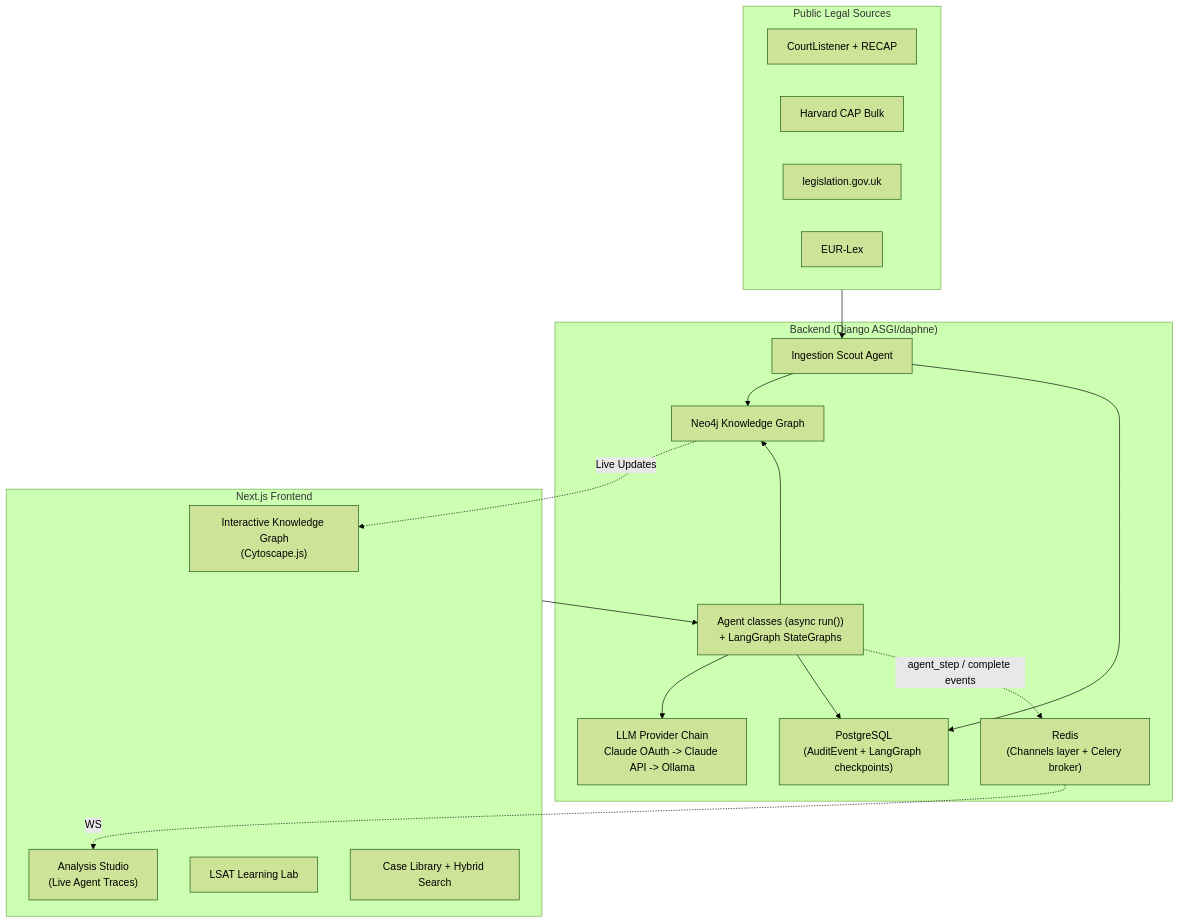
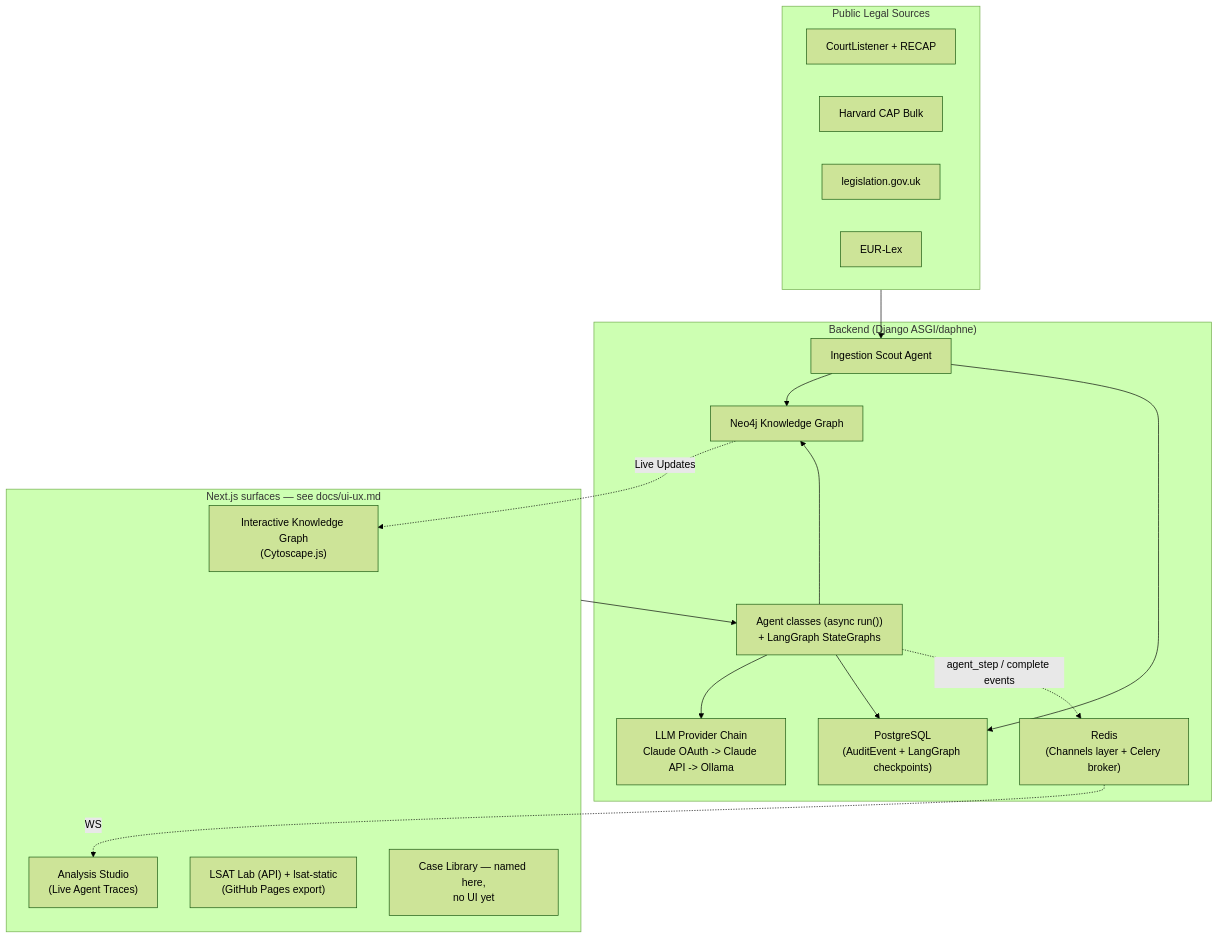
One commit to bamr87/law-ai changed the first of 2 diagrams in docs/architecture.md. Above: the diagram before and after it, drawn with Mermaid (forest theme). The commit also changed other lines of this file and 67 other files, not shown here.

````diff
--- a/docs/architecture.md
+++ b/docs/architecture.md
@@ -5,36 +5,36 @@
 ```mermaid
 flowchart TB
     subgraph Public["Public Legal Sources"]
         CL["CourtListener + RECAP"]
         CAP["Harvard CAP Bulk"]
         UK["legislation.gov.uk"]
         EU["EUR-Lex"]
     end
 
     subgraph Backend["Backend (Django ASGI/daphne)"]
         Ingestion["Ingestion Scout Agent"]
         Agents["Agent classes (async run())\n+ LangGraph StateGraphs"]
         LLMChain["LLM Provider Chain\nClaude OAuth -> Claude API -> Ollama"]
         Neo4j["Neo4j Knowledge Graph"]
         Postgres["PostgreSQL\n(AuditEvent + LangGraph checkpoints)"]
         Redis["Redis\n(Channels layer + Celery broker)"]
     end
 
-    subgraph Frontend["Next.js Frontend"]
+    subgraph Frontend["Next.js surfaces — see docs/ui-ux.md"]
         Graph["Interactive Knowledge Graph\n(Cytoscape.js)"]
         Studio["Analysis Studio\n(Live Agent Traces)"]
-        LSAT["LSAT Learning Lab"]
-        Library["Case Library + Hybrid Search"]
+        LSAT["LSAT Lab (API) + lsat-static\n(GitHub Pages export)"]
+        Library["Case Library — named here,\nno UI yet"]
     end
 
     Public --> Ingestion
     Ingestion --> Neo4j
     Ingestion --> Postgres
     Frontend --> Agents
     Agents --> Neo4j
     Agents --> LLMChain
     Agents --> Postgres
     Agents -. "agent_step / complete events" .-> Redis
     Redis -. WS .-> Studio
     Neo4j -. Live Updates .-> Graph
 ```
````
